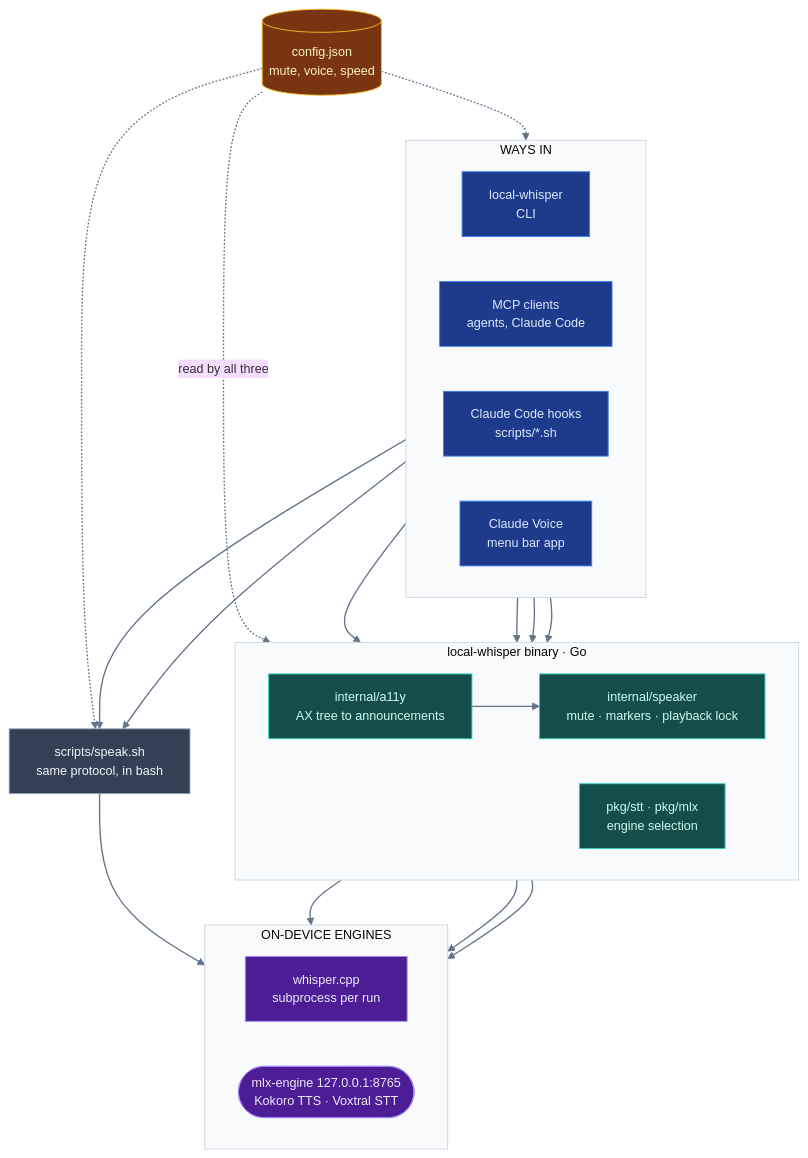
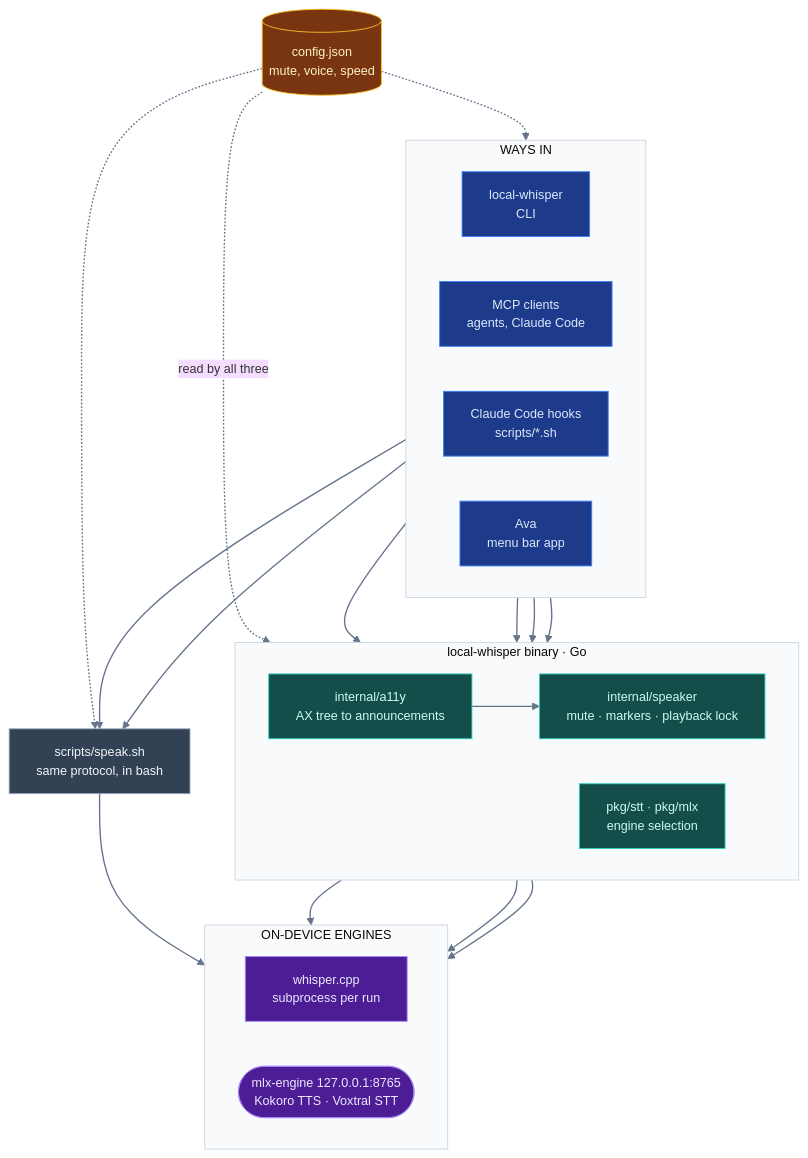
Before and after one commit to iksnerd/ava: the diagram in README.md, drawn with Mermaid. The commit also changed other lines of this file and 36 other files, not shown here.

First line of the commit message:
Rename the menu bar app to Ava

````diff
--- a/README.md
+++ b/README.md
@@ -81,57 +81,57 @@
 ```mermaid
 %%{init: {'theme':'base','themeVariables':{'lineColor':'#64748b','clusterBkg':'#f8fafc','clusterBorder':'#cbd5e1','fontSize':'14px'}}}%%
 flowchart TB
     subgraph doors["WAYS IN"]
         direction LR
         cli["local-whisper<br/>CLI"]
         mcpc["MCP clients<br/>agents, Claude Code"]
         hooks["Claude Code hooks<br/>scripts/*.sh"]
-        app["Claude Voice<br/>menu bar app"]
+        app["Ava<br/>menu bar app"]
     end
 
     subgraph gobin["local-whisper binary · Go"]
         direction LR
         speaker["internal/speaker<br/>mute · markers · playback lock"]
         engsel["pkg/stt · pkg/mlx<br/>engine selection"]
         a11y["internal/a11y<br/>AX tree to announcements"]
     end
 
     speaksh["scripts/speak.sh<br/>same protocol, in bash"]
     cfg[("config.json<br/>mute, voice, speed")]
 
     subgraph engines["ON-DEVICE ENGINES"]
         direction LR
         whispercpp["whisper.cpp<br/>subprocess per run"]
         mlx(["mlx-engine 127.0.0.1:8765<br/>Kokoro TTS · Voxtral STT"])
     end
 
     cli ==> speaker
     cli ==> engsel
     mcpc ==> speaker
     mcpc ==> a11y
     a11y ==> speaker
     hooks ==> speaksh
     app ==> speaksh
 
     speaker ==> mlx
     speaksh ==> mlx
     engsel ==> whispercpp
     engsel ==> mlx
 
     cfg -. "read by all three" .-> speaker
     cfg -. " " .-> speaksh
     cfg -. " " .-> app
 
     classDef door fill:#1e3a8a,stroke:#3b82f6,color:#dbeafe;
     classDef go fill:#134e4a,stroke:#2dd4bf,color:#ccfbf1;
     classDef engine fill:#4c1d95,stroke:#a78bfa,color:#ede9fe;
     classDef store fill:#78350f,stroke:#fbbf24,color:#fef3c7;
     classDef shell fill:#334155,stroke:#94a3b8,color:#f1f5f9;
 
     class cli,mcpc,hooks,app door;
     class speaker,engsel,a11y go;
     class whispercpp,mlx engine;
     class cfg store;
     class speaksh shell;
     linkStyle default stroke:#64748b,stroke-width:1.5px;
 ```
````
